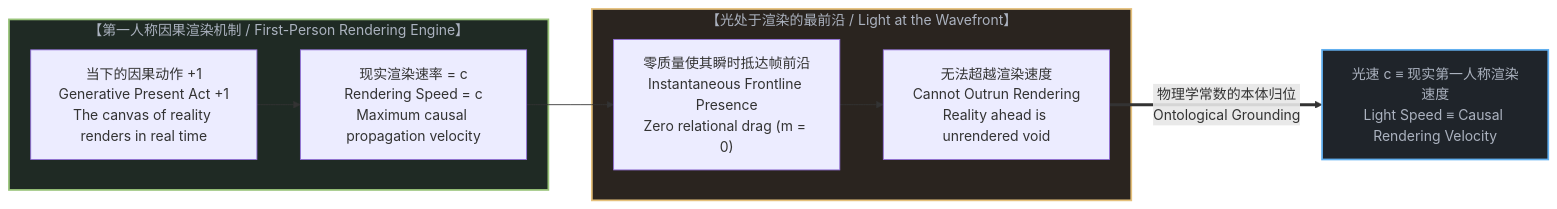
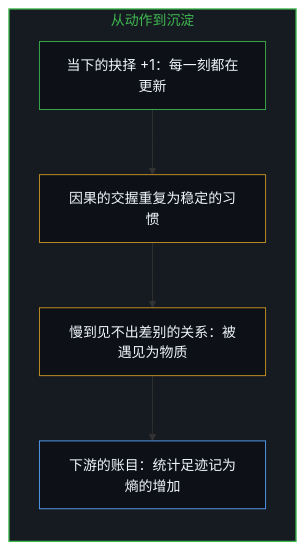
The ninth of 12 diagrams in content/posts/when-electrons-think.md (powerpig99/not-a-toe), drawn with Mermaid before and after one commit. The commit also changed other lines of this file and 2 other files, not shown here.

Commit message:
Refine when-electrons-think: alternating bilingual layout, six paired diagrams, two faces of one thing, implicit first person

````diff
--- a/content/posts/when-electrons-think.md
+++ b/content/posts/when-electrons-think.md
@@ -50,21 +295,19 @@
 ```mermaid
-graph LR
-    subgraph RenderingEngine["【第一人称因果渲染机制 / First-Person Rendering Engine】"]
-        CausalNow["当下的因果动作 +1<br>Generative Present Act +1<br>The canvas of reality renders in real time"]
-        RenderVelocity["现实渲染速率 = c<br>Rendering Speed = c<br>Maximum causal propagation velocity"]
-        CausalNow --> RenderVelocity
+flowchart TD
+    subgraph S_Cadence["从动作到沉淀"]
+        direction TB
+        Fresh["当下的抉择 +1：每一刻都在更新"]
+        Habit["因果的交握重复为稳定的习惯"]
+        Matter["慢到见不出差别的关系：被遇见为物质"]
+        Entropy["下游的账目：统计足迹记为熵的增加"]
+        Fresh --> Habit
+        Habit --> Matter
+        Matter --> Entropy
     end
 
-    subgraph TheFrontierOfLight["【光处于渲染的最前沿 / Light at the Wavefront】"]
-        InstantReach["零质量使其瞬时抵达帧前沿<br>Instantaneous Frontline Presence<br>Zero relational drag (m = 0)"]
-        NoAheadExists["无法超越渲染速度<br>Cannot Outrun Rendering<br>Reality ahead is unrendered void"]
-        RenderVelocity --> InstantReach
-        InstantReach --> NoAheadExists
-    end
-
-    NoAheadExists ==>|"物理学常数的本体归位<br>Ontological Grounding"| LightSpeedIdentity["光速 c ≡ 现实第一人称渲染速度<br>Light Speed ≡ Causal Rendering Velocity"]
-
-    style RenderingEngine fill:#1f2a24,stroke:#98c379,stroke-width:2px,color:#abb2bf
-    style TheFrontierOfLight fill:#2a241f,stroke:#e5c07b,stroke-width:2px,color:#abb2bf
-    style LightSpeedIdentity fill:#1f242a,stroke:#61afef,stroke-width:2px,color:#abb2bf
+    style S_Cadence fill:#161b22,stroke:#3fb950,stroke-width:1.5px,color:#3fb950
+    style Fresh fill:#0d1117,stroke:#3fb950,stroke-width:1px,color:#f0f6fc
+    style Habit fill:#0d1117,stroke:#d29922,stroke-width:1px,color:#f0f6fc
+    style Matter fill:#0d1117,stroke:#d29922,stroke-width:1px,color:#f0f6fc
+    style Entropy fill:#0d1117,stroke:#58a6ff,stroke-width:1px,color:#f0f6fc
 ```
````
